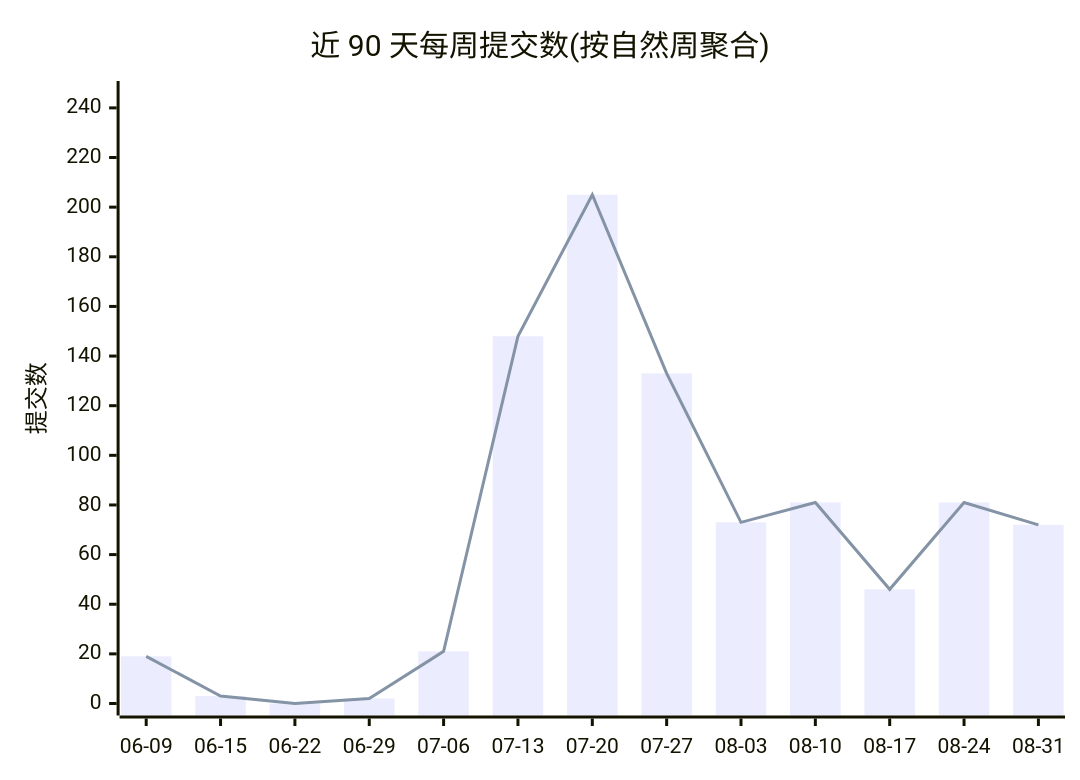
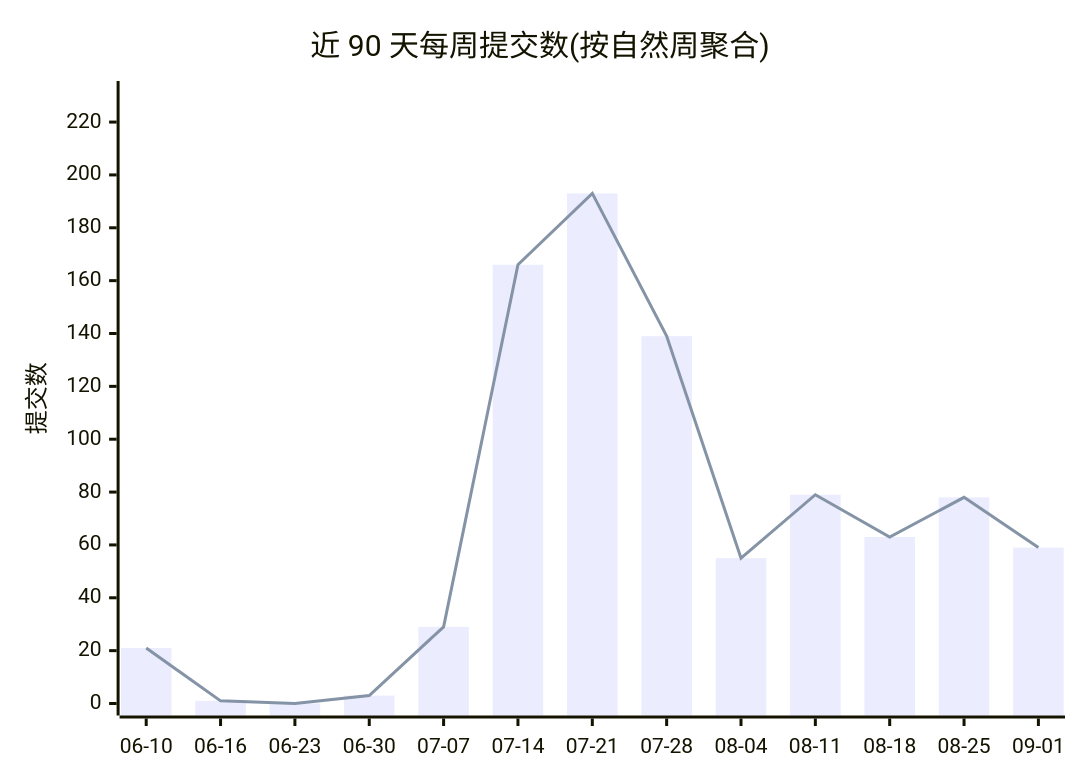
Before and after one commit to Conflux-Union/.github: the first of 2 diagrams in profile/README.md, drawn with Mermaid. The commit also changed other lines of this file and 1 other file, not shown here.

````diff
--- a/profile/README.md
+++ b/profile/README.md
@@ -44,8 +44,8 @@
 ```mermaid
 xychart-beta
     title "近 90 天每周提交数(按自然周聚合)"
-    x-axis ["06-09", "06-15", "06-22", "06-29", "07-06", "07-13", "07-20", "07-27", "08-03", "08-10", "08-17", "08-24", "08-31"]
-    y-axis "提交数" 0 --> 246
-    bar [19, 3, 0, 2, 21, 148, 205, 133, 73, 81, 46, 81, 72]
-    line [19, 3, 0, 2, 21, 148, 205, 133, 73, 81, 46, 81, 72]
+    x-axis ["06-10", "06-16", "06-23", "06-30", "07-07", "07-14", "07-21", "07-28", "08-04", "08-11", "08-18", "08-25", "09-01"]
+    y-axis "提交数" 0 --> 231
+    bar [21, 1, 0, 3, 29, 166, 193, 139, 55, 79, 63, 78, 59]
+    line [21, 1, 0, 3, 29, 166, 193, 139, 55, 79, 63, 78, 59]
 ```
````
